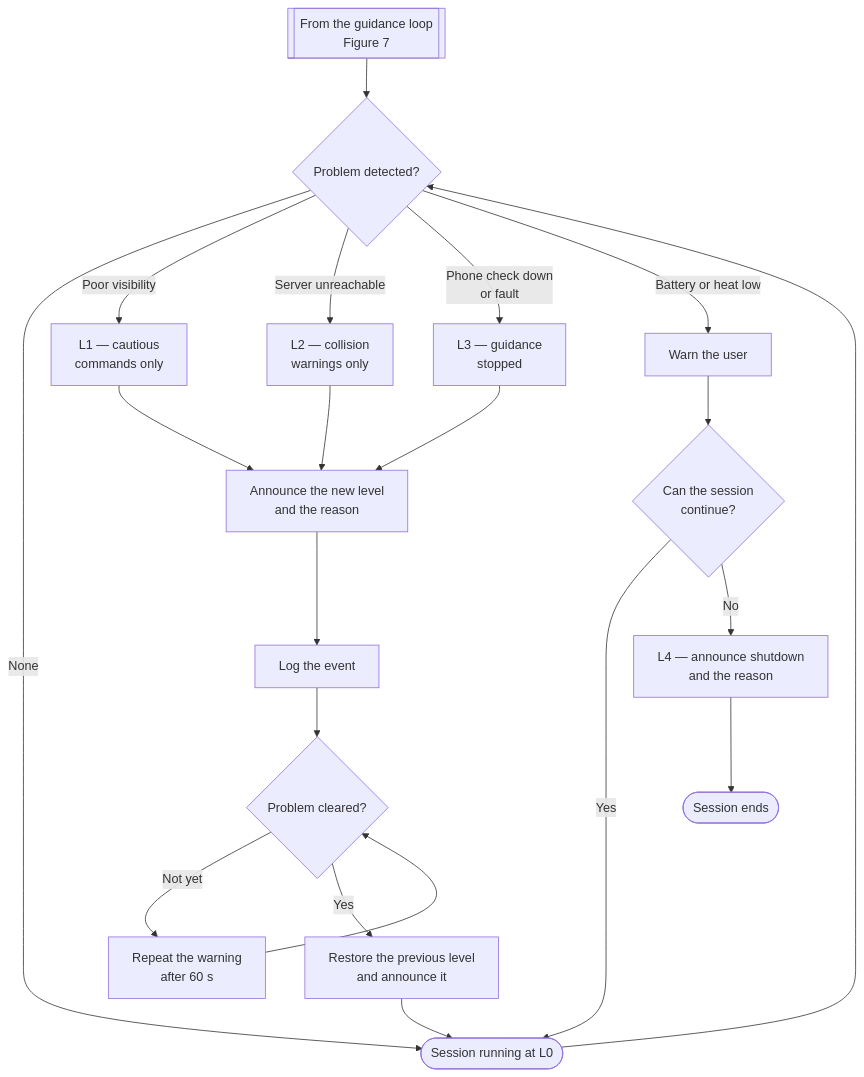
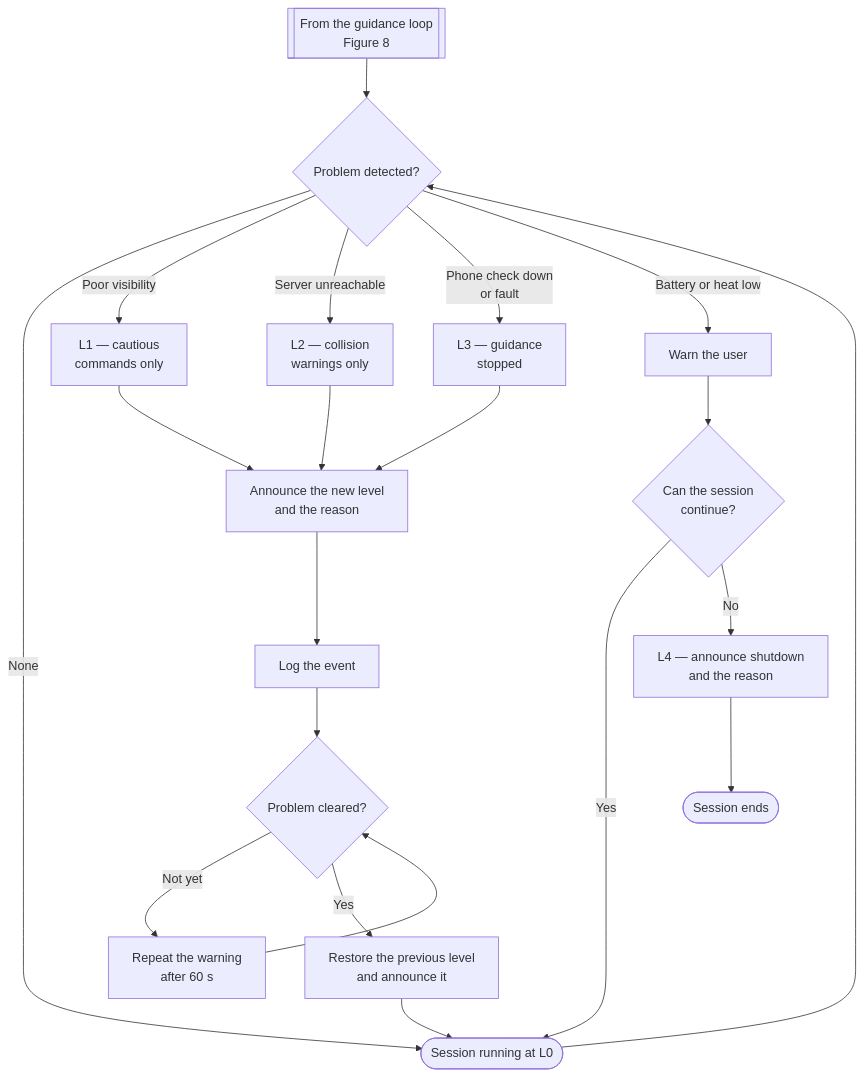
Before and after one commit to shahalam22/WalkSafe: the ninth of 13 diagrams in docs/SRS.md, drawn with Mermaid. The commit also changed other lines of this file and 24 other files, not shown here.

````diff
--- a/docs/SRS.md
+++ b/docs/SRS.md
@@ -600,26 +673,26 @@
 ```mermaid
 flowchart TD
-    IN[["From the guidance loop<br/>Figure 7"]] --> B
+    IN[["From the guidance loop<br/>Figure 8"]] --> B
     A([Session running at L0]) --> B{Problem detected?}
     B -->|None| A
 
     B -->|Poor visibility| C["L1 — cautious<br/>commands only"]
     B -->|Server unreachable| D["L2 — collision<br/>warnings only"]
     B -->|Phone check down<br/>or fault| E["L3 — guidance<br/>stopped"]
     B -->|Battery or heat low| F["Warn the user"]
 
     C --> I
     D --> I
     E --> I
     I["Announce the new level<br/>and the reason"] --> J["Log the event"]
     J --> K{Problem cleared?}
     K -->|Not yet| M["Repeat the warning<br/>after 60 s"]
     M --> K
     K -->|Yes| N["Restore the previous level<br/>and announce it"]
     N --> A
 
     F --> G{Can the session<br/>continue?}
     G -->|Yes| A
     G -->|No| H["L4 — announce shutdown<br/>and the reason"]
     H --> Z([Session ends])
 ```
````
